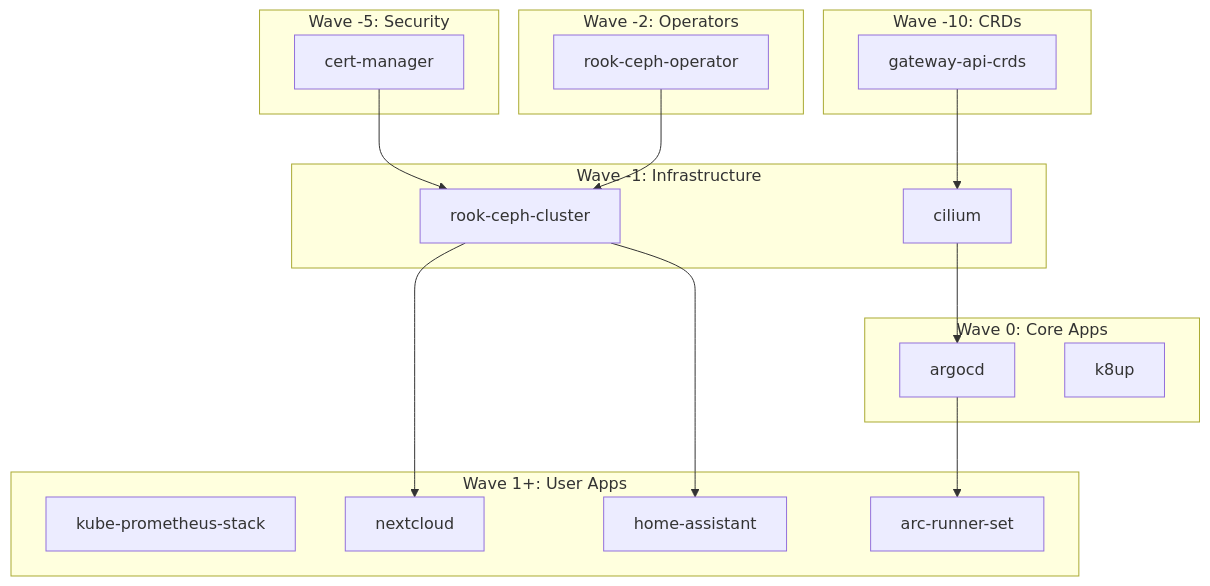
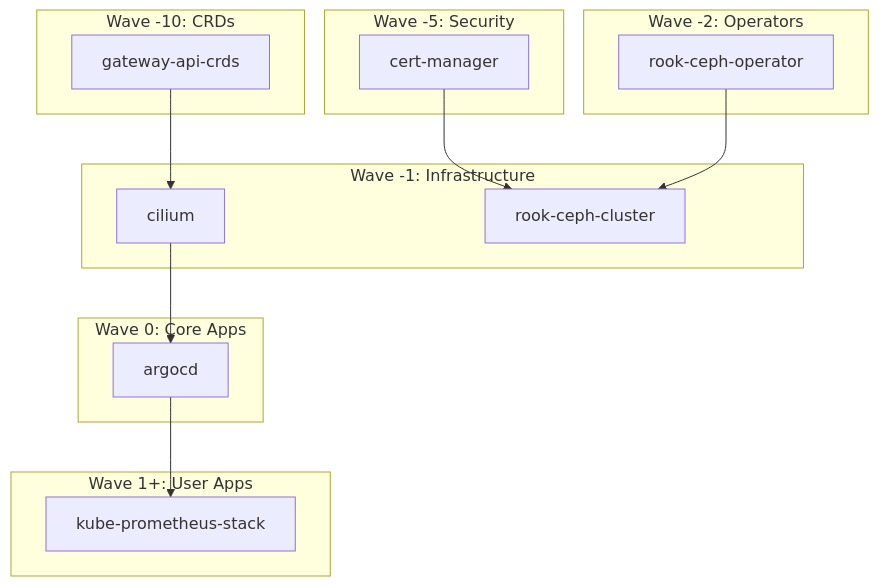
The second of 2 diagrams in payload/workloads/documentation/src/docs/architecture/gitops.md (JanWelker/homelab), drawn with Mermaid before and after one commit. The commit also changed 55 other files, not shown here.

````diff
--- a/payload/workloads/documentation/src/docs/architecture/gitops.md
+++ b/payload/workloads/documentation/src/docs/architecture/gitops.md
@@ -40,40 +40,34 @@
 ```mermaid
 flowchart TB
     subgraph "Wave -10: CRDs"
         GW[gateway-api-crds]
     end
 
     subgraph "Wave -5: Security"
         CM[cert-manager]
     end
 
     subgraph "Wave -2: Operators"
         RO[rook-ceph-operator]
     end
 
     subgraph "Wave -1: Infrastructure"
         CL[cilium]
         RC[rook-ceph-cluster]
     end
 
     subgraph "Wave 0: Core Apps"
         AR[argocd]
-        K8[k8up]
     end
 
     subgraph "Wave 1+: User Apps"
         MON[kube-prometheus-stack]
-        NC[nextcloud]
-        HA[home-assistant]
-        ARC[arc-runner-set]
     end
 
     %% Dependencies
     GW --> CL
     CM --> RC
     RO --> RC
     CL --> AR
-    RC --> NC
-    RC --> HA
-    AR --> ARC
+    AR --> MON
 ```
````
